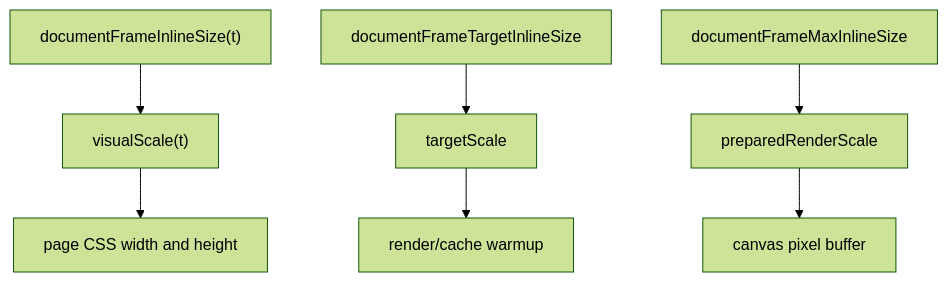
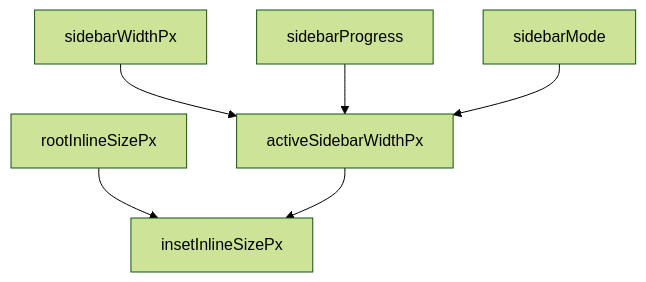
Before and after one commit to retab-dev/retab-ui: diagram 13 of 22 in design/file-viewer-geometry-contract-blueprint.md, drawn with Mermaid (forest theme). The commit also changed other lines of this file and 98 other files, not shown here.

````diff
--- a/design/file-viewer-geometry-contract-blueprint.md
+++ b/design/file-viewer-geometry-contract-blueprint.md
@@ -291,14 +672,15 @@
 ```mermaid
 flowchart TD
-  FrameSize["documentFrameInlineSize(t)"]
-  TargetSize["documentFrameTargetInlineSize"]
-  MaxSize["documentFrameMaxInlineSize"]
+  Root["rootInlineSizePx"]
+  SidebarWidth["sidebarWidthPx"]
+  Progress["sidebarProgress"]
+  Mode["sidebarMode"]
+  Active["activeSidebarWidthPx"]
+  Inset["insetInlineSizePx"]
 
-  FrameSize --> VisualScale["visualScale(t)"]
-  TargetSize --> TargetScale["targetScale"]
-  MaxSize --> PreparedScale["preparedRenderScale"]
-
-  VisualScale --> PageCss["page CSS width and height"]
-  PreparedScale --> CanvasPixels["canvas pixel buffer"]
-  TargetScale --> CacheWarmup["render/cache warmup"]
+  SidebarWidth --> Active
+  Progress --> Active
+  Mode --> Active
+  Root --> Inset
+  Active --> Inset
 ```
````
